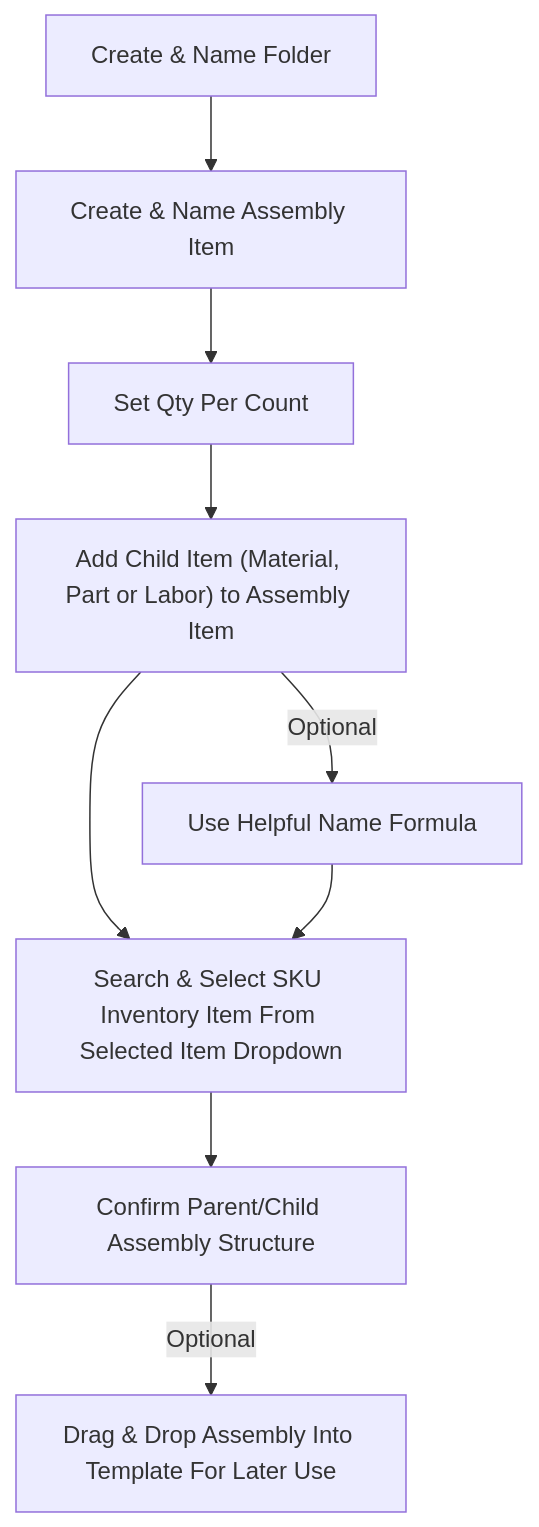
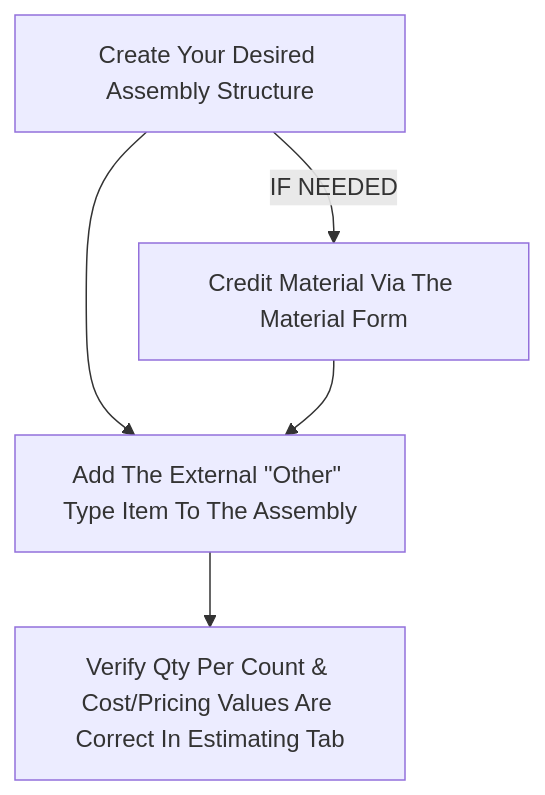
One commit to elias-bldr/Millwork-Estimating-Suite changed the second of 3 diagrams in docs/how-to/creating-option-items.md. Above: the diagram before and after it, drawn with Mermaid. The commit also changed other lines of this file, not shown here.

Commit message:
Add flowcharts for creating option items

````diff
--- a/docs/how-to/creating-option-items.md
+++ b/docs/how-to/creating-option-items.md
@@ -30,11 +28,7 @@
     ``` mermaid
     flowchart TD
-      A[Create & Name Folder] --> B[Create & Name Assembly Item];
-      B --> C[Set Qty Per Count];
-      C --> D["Add Child Item (Material, Part or Labor) to Assembly Item"];
-      D -- Optional --> E[Use Helpful Name Formula];
-      D --> F;
-      E --> F[Search & Select SKU Inventory Item From Selected Item Dropdown];
-      F --> G[Confirm Parent/Child Assembly Structure];
-      G -- Optional --> H[Drag & Drop Assembly Into Template For Later Use];
+      A[Create Your Desired Assembly Structure] -- IF NEEDED --> B[Credit Material Via The Material Form];
+      A --> C;
+      B --> C[Add The External #quot;Other#quot; Type Item To The Assembly];
+      C --> D[Verify Qty Per Count & Cost/Pricing Values Are Correct In Estimating Tab];
     ```
````
